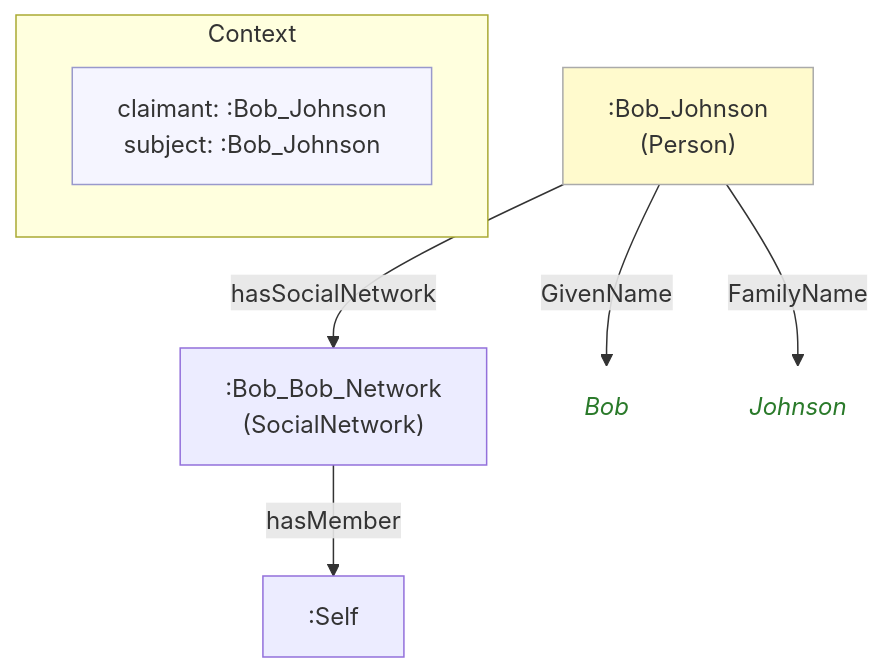
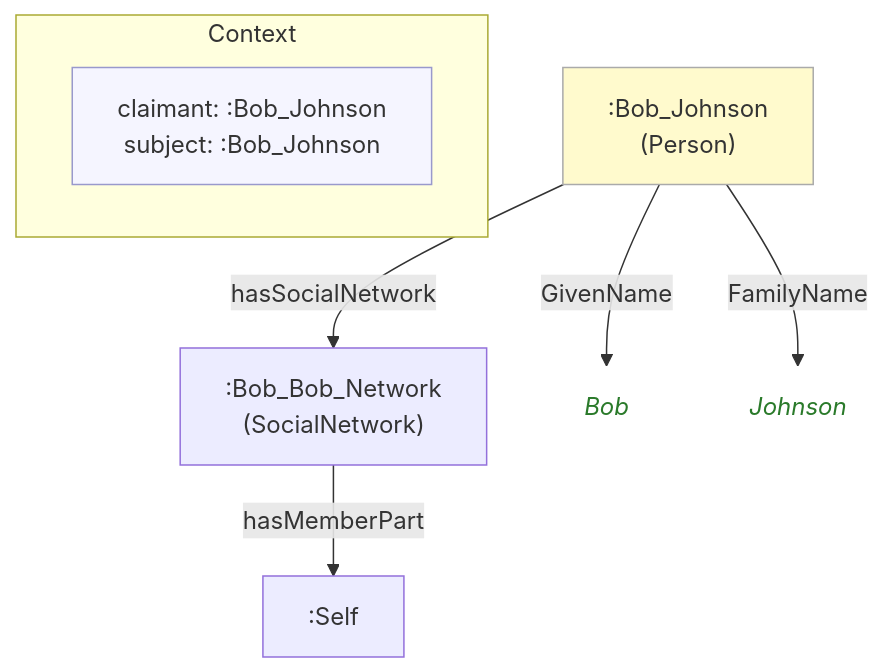
One commit to MeeFoundation/mia-ontologies changed the diagram in example/contexts/images/bob-johnson.bob-johnson(bob-johnson)(others)(02).mmd. Above: the diagram before and after it, drawn with Mermaid. The commit also changed 331 other files, not shown here.

```diff
--- a/example/contexts/images/bob-johnson.bob-johnson(bob-johnson)(others)(02).mmd
+++ b/example/contexts/images/bob-johnson.bob-johnson(bob-johnson)(others)(02).mmd
@@ -1,22 +1,22 @@
 flowchart TD
     classDef person fill:#fffacd,stroke:#aaa,color:#333
     classDef grp    fill:#d4edda,stroke:#aaa,color:#333
     classDef org    fill:#cce5ff,stroke:#aaa,color:#333
     classDef lit    fill:none,stroke:none,font-style:italic,color:#2a7a2a
     classDef meta   fill:#f5f5ff,stroke:#9999cc,color:#333
 
     subgraph ctx["Context"]
         direction LR
         ctx_meta["claimant: :Bob_Johnson\nsubject: :Bob_Johnson"]:::meta
     end
 
     n19c34148fc05[":Bob_Bob_Network\n(SocialNetwork)"]
     n89768dce3f8b[":Self"]
     n166b15bd501b[":Bob_Johnson\n(Person)"]:::person
-    nc9247e6116a4("Bob"):::lit
-    na79b39517217("Johnson"):::lit
+    n0d125eb40cd9("Bob"):::lit
+    nc04667664420("Johnson"):::lit
 
-    n19c34148fc05 -->|"hasMember"| n89768dce3f8b
-    n166b15bd501b -->|"GivenName"| nc9247e6116a4
-    n166b15bd501b -->|"FamilyName"| na79b39517217
+    n19c34148fc05 -->|"hasMemberPart"| n89768dce3f8b
+    n166b15bd501b -->|"GivenName"| n0d125eb40cd9
+    n166b15bd501b -->|"FamilyName"| nc04667664420
     n166b15bd501b -->|"hasSocialNetwork"| n19c34148fc05
```
